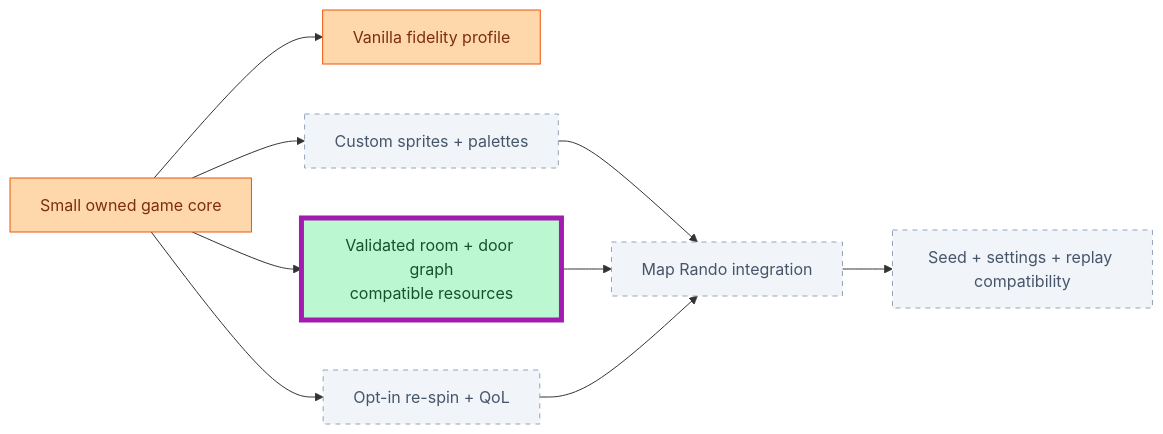
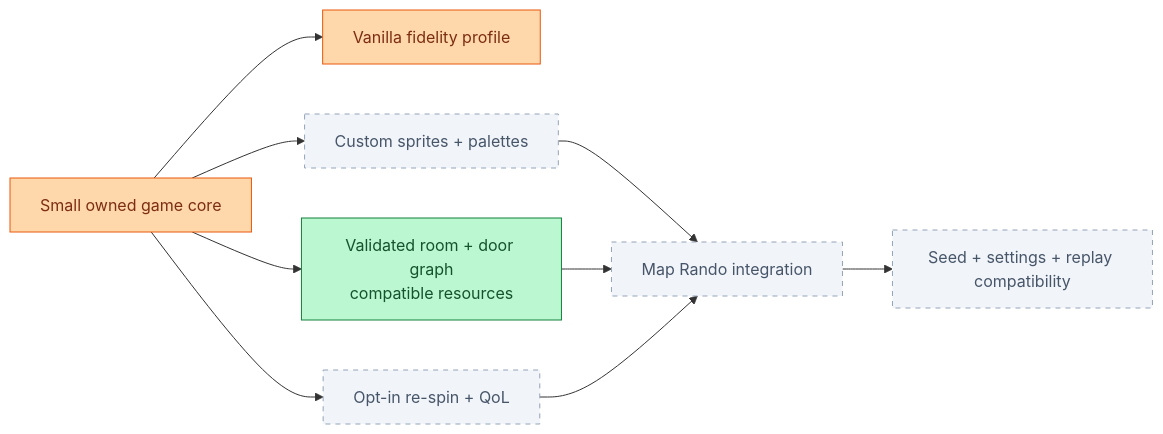
One commit to JimLundin/sm-decomp changed the first of 21 diagrams in PROGRESS.md. Above: the diagram before and after it, drawn with Mermaid. The commit also changed other lines of this file, not shown here.

Commit message:
Highlight only the newly active actor work
Clear prior room milestone outlines; retain its adopted status and all validation nodes. Static diff/progress checks pass; counters unchanged.

````diff
--- a/PROGRESS.md
+++ b/PROGRESS.md
@@ -8,17 +8,16 @@
 ```mermaid
 flowchart LR
     CORE["Small owned game core"]:::active
     CORE --> VANILLA["Vanilla fidelity profile"]:::active
     CORE --> MEDIA["Custom sprites + palettes"]:::pending
     CORE --> WORLD["Validated room + door graph<br/>compatible resources"]:::done
     CORE --> RULES["Opt-in re-spin + QoL"]:::pending
     MEDIA --> MR["Map Rando integration"]:::pending
     WORLD --> MR
     RULES --> MR
     MR --> REPLAY["Seed + settings + replay compatibility"]:::pending
-    class WORLD changed
     classDef done fill:#bbf7d0,stroke:#15803d,color:#14532d
     classDef active fill:#fed7aa,stroke:#ea580c,color:#7c2d12
     classDef pending fill:#f1f5f9,stroke:#94a3b8,color:#475569,stroke-dasharray:5 5
     classDef changed stroke:#a21caf,stroke-width:5px
 ```
````
